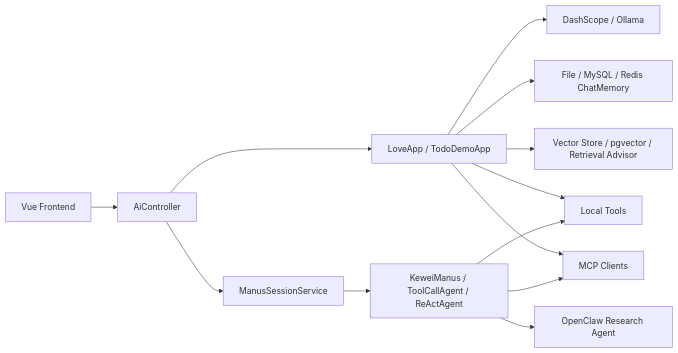
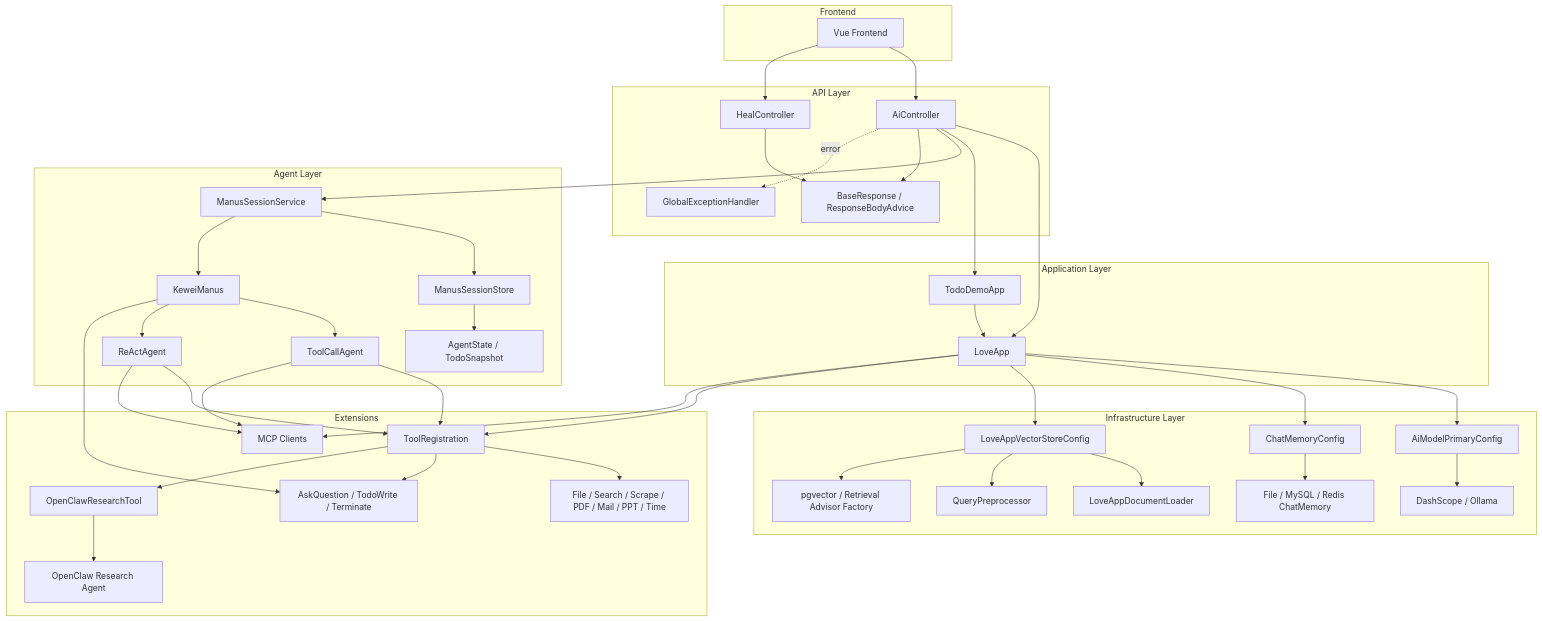
One commit to keweizhuazuki/kewei-ai-agent changed the diagram in README.md. Above: the diagram before and after it, drawn with Mermaid. The commit also changed other lines of this file, not shown here.

Commit message:
refactor architecture diagram in README.md for improved clarity and structure

````diff
--- a/README.md
+++ b/README.md
@@ -40,15 +40,86 @@
 ```mermaid
-flowchart LR
-    UI["Vue Frontend"] --> API["AiController"]
-    API --> APP["LoveApp / TodoDemoApp"]
-    API --> MANUS["ManusSessionService"]
-    APP --> MODEL["DashScope / Ollama"]
-    APP --> MEMORY["File / MySQL / Redis ChatMemory"]
-    APP --> RAG["Vector Store / pgvector / Retrieval Advisor"]
-    APP --> TOOLS["Local Tools"]
-    APP --> MCP["MCP Clients"]
-    MANUS --> AGENT["KeweiManus / ToolCallAgent / ReActAgent"]
-    AGENT --> TOOLS
-    AGENT --> MCP
-    AGENT --> OPENCLAW["OpenClaw Research Agent"]
+flowchart TB
+    subgraph Frontend["Frontend"]
+        UI["Vue Frontend"]
+    end
+
+    subgraph API["API Layer"]
+        AIC["AiController"]
+        HEAL["HealController"]
+        RESP["BaseResponse / ResponseBodyAdvice"]
+        EX["GlobalExceptionHandler"]
+    end
+
+    subgraph APP["Application Layer"]
+        LOVE["LoveApp"]
+        TODOAPP["TodoDemoApp"]
+    end
+
+    subgraph AGENT["Agent Layer"]
+        MSS["ManusSessionService"]
+        STORE["ManusSessionStore"]
+        MANUS["KeweiManus"]
+        TCA["ToolCallAgent"]
+        REACT["ReActAgent"]
+        STATE["AgentState / TodoSnapshot"]
+    end
+
+    subgraph INFRA["Infrastructure Layer"]
+        MODEL_CFG["AiModelPrimaryConfig"]
+        MODEL["DashScope / Ollama"]
+        MEMORY_CFG["ChatMemoryConfig"]
+        MEMORY["File / MySQL / Redis ChatMemory"]
+        VECTOR_CFG["LoveAppVectorStoreConfig"]
+        DOCLOAD["LoveAppDocumentLoader"]
+        QUERY["QueryPreprocessor"]
+        RAG["pgvector / Retrieval Advisor Factory"]
+    end
+
+    subgraph EXT["Extensions"]
+        TOOL_REG["ToolRegistration"]
+        TOOLS["File / Search / Scrape / PDF / Mail / PPT / Time"]
+        ASK["AskQuestion / TodoWrite / Terminate"]
+        MCP["MCP Clients"]
+        OPENCLAW_TOOL["OpenClawResearchTool"]
+        OPENCLAW["OpenClaw Research Agent"]
+    end
+
+    UI --> AIC
+    UI --> HEAL
+
+    AIC --> LOVE
+    AIC --> TODOAPP
+    AIC --> MSS
+    HEAL --> RESP
+    AIC --> RESP
+    AIC -. error .-> EX
+
+    LOVE --> MODEL_CFG
+    LOVE --> MEMORY_CFG
+    LOVE --> VECTOR_CFG
+    LOVE --> TOOL_REG
+    LOVE --> MCP
+    TODOAPP --> LOVE
+
+    MODEL_CFG --> MODEL
+    MEMORY_CFG --> MEMORY
+    VECTOR_CFG --> DOCLOAD
+    VECTOR_CFG --> QUERY
+    VECTOR_CFG --> RAG
+
+    MSS --> STORE
+    MSS --> MANUS
+    STORE --> STATE
+    MANUS --> TCA
+    MANUS --> REACT
+    MANUS --> ASK
+    TCA --> TOOL_REG
+    TCA --> MCP
+    REACT --> TOOL_REG
+    REACT --> MCP
+
+    TOOL_REG --> TOOLS
+    TOOL_REG --> ASK
+    TOOL_REG --> OPENCLAW_TOOL
+    OPENCLAW_TOOL --> OPENCLAW
 ```
````
